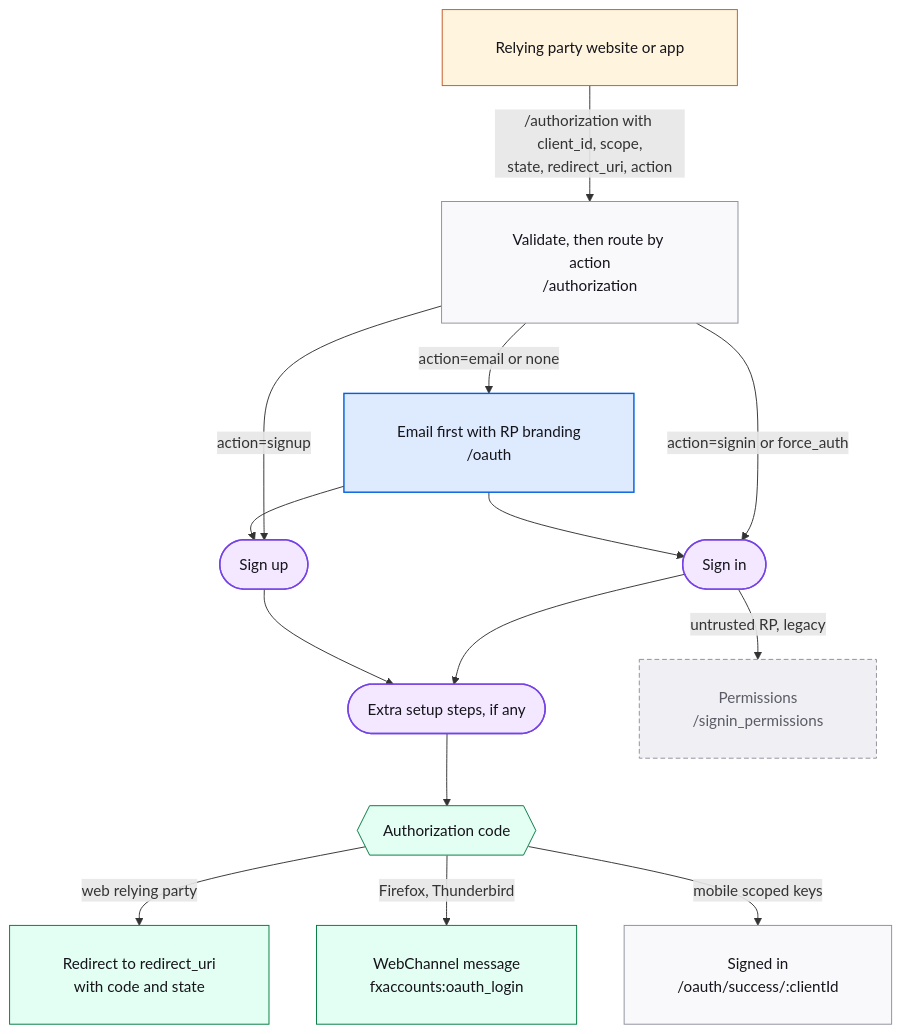
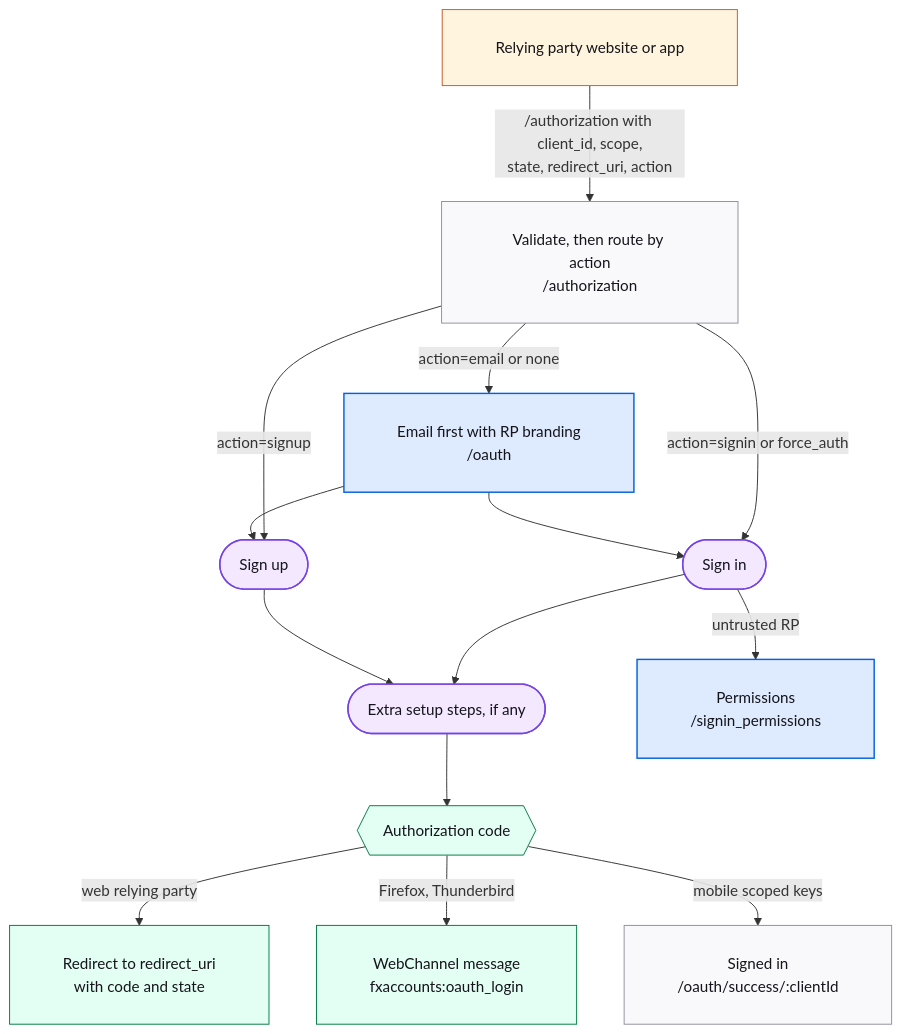
The diagram in docs/fxa-sitemap/flow-oauth-relying-party.md (mozilla/ecosystem-platform), drawn with Mermaid before and after one commit. The commit also changed other lines of this file and 19 other files, not shown here.

````diff
--- a/docs/fxa-sitemap/flow-oauth-relying-party.md
+++ b/docs/fxa-sitemap/flow-oauth-relying-party.md
@@ -12,33 +12,33 @@
 ```mermaid
 %%{init: {"flowchart": {"padding": 28}}}%%
 flowchart TD
   rp["Relying party website or app"] -->|"/authorization with client_id, scope,<br/>state, redirect_uri, action"| authz["Validate, then route by action<br/>/authorization"]
   authz -->|action=email or none| index["Email first with RP branding<br/>/oauth"]
   authz -->|action=signin or force_auth| signin(["Sign in"])
   authz -->|action=signup| signup(["Sign up"])
   index --> signin
   index --> signup
   signin --> extra(["Extra setup steps, if any"])
   signup --> extra
   extra --> code{{"Authorization code"}}
   code -->|web relying party| redirect["Redirect to redirect_uri<br/>with code and state"]
   code -->|Firefox, Thunderbird| wc["WebChannel message<br/>fxaccounts:oauth_login"]
   code -->|mobile scoped keys| success["Signed in<br/>/oauth/success/:clientId"]
-  signin -->|untrusted RP, legacy| perms["Permissions<br/>/signin_permissions"]
+  signin -->|untrusted RP| perms["Permissions<br/>/signin_permissions"]
   classDef page fill:#deebff,stroke:#0060df,stroke-width:1.5px,color:#15141a
   classDef step fill:#f9f9fb,stroke:#8f8f9d,color:#15141a
   classDef legacy fill:#f0f0f4,stroke:#8f8f9d,stroke-dasharray:5 3,color:#5b5b66
   classDef exit fill:#e3fff3,stroke:#017a40,color:#15141a
   classDef source fill:#fff4de,stroke:#c45a27,color:#15141a
   classDef flow fill:#f3e8ff,stroke:#7542e5,stroke-width:1.5px,color:#15141a
   classDef mode fill:#f0f0f4,stroke:#5b5b66,color:#15141a
   class rp source
   class authz,success step
   class index page
   class signin,signup,extra flow
   class code,redirect,wc exit
-  class perms legacy
+  class perms page
   click signin href "/ecosystem-platform/fxa-sitemap/flow-signin"
   click signup href "/ecosystem-platform/fxa-sitemap/flow-signup"
   click extra href "/ecosystem-platform/fxa-sitemap/flow-post-signin-setup"
 ```
````
